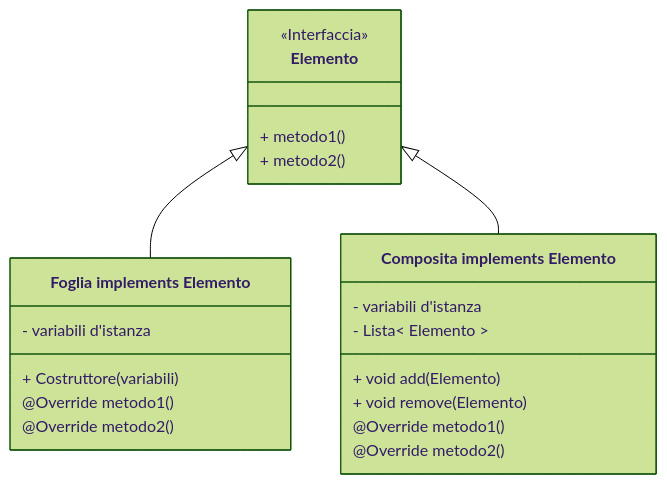
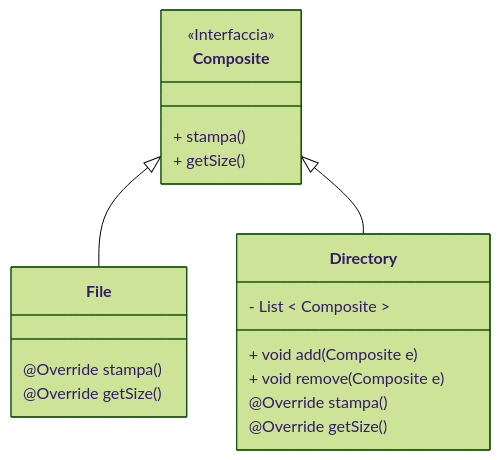
Before and after one commit to comarandr/comarandr.github.io: the ninth of 12 diagrams in universita/oop.md, drawn with Mermaid (forest theme). The commit also changed other lines of this file and 1 other file, not shown here.

````diff
--- a/universita/oop.md
+++ b/universita/oop.md
@@ -1199,32 +1199,29 @@
 ```mermaid
 ---
 config:
     class:
         hideEmptyMembersBox: true
 ---
 classDiagram
-    class Elemento{
+    class Composite{
         <<Interfaccia>>
-        + metodo1()
-        + metodo2()
+        + stampa()
+        + getSize()
     }
 
-    class `Foglia implements Elemento`{
-        - variabili d'istanza
-        + Costruttore(variabili)
-        @Override metodo1()
-        @Override metodo2()
+    class `File`{
+        @Override stampa()
+        @Override getSize()
     }
 
-    class `Composita implements Elemento`{
-        - variabili d'istanza
-        - Lista< Elemento >
-        + void add(Elemento)
-        + void remove(Elemento)
-        @Override metodo1()
-        @Override metodo2()
+    class `Directory`{
+        - List < Composite >
+        + void add(Composite e)
+        + void remove(Composite e)
+        @Override stampa()
+        @Override getSize()
     }
 
-    Elemento <|-- `Foglia implements Elemento` 
-    Elemento <|-- `Composita implements Elemento`
+    Composite <|-- `File` 
+    Composite <|-- `Directory`
 ```
````
